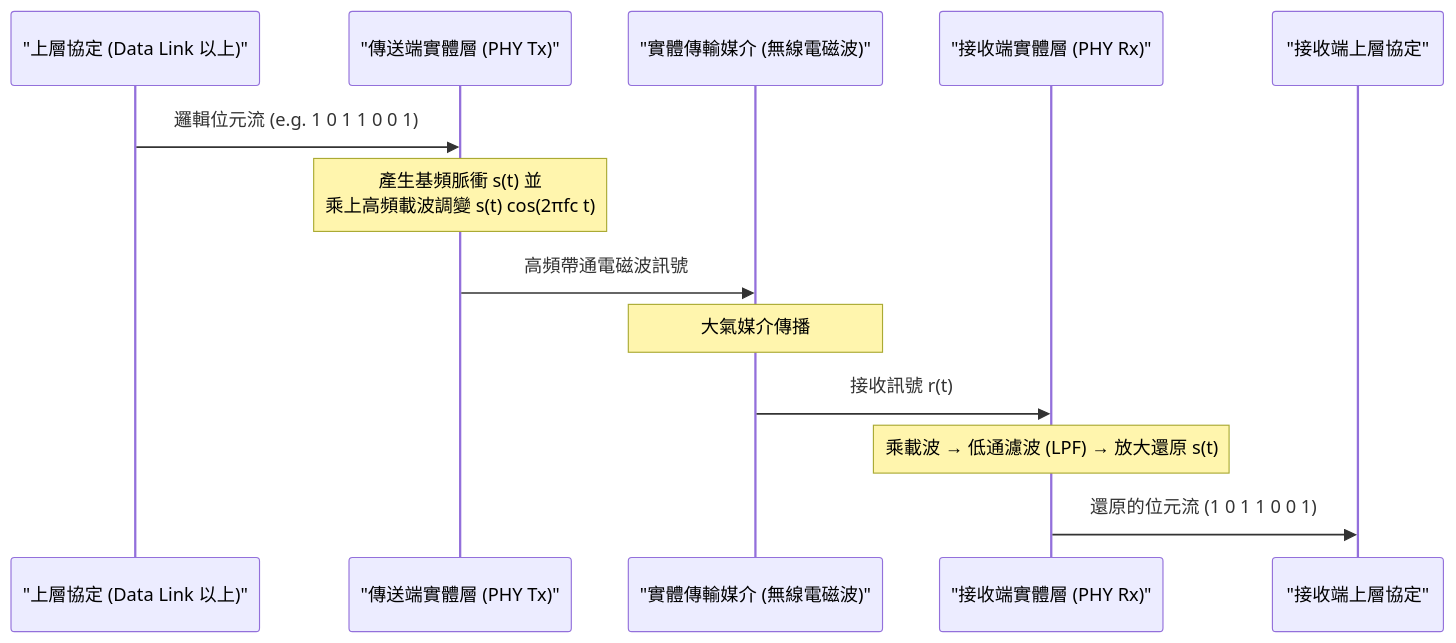
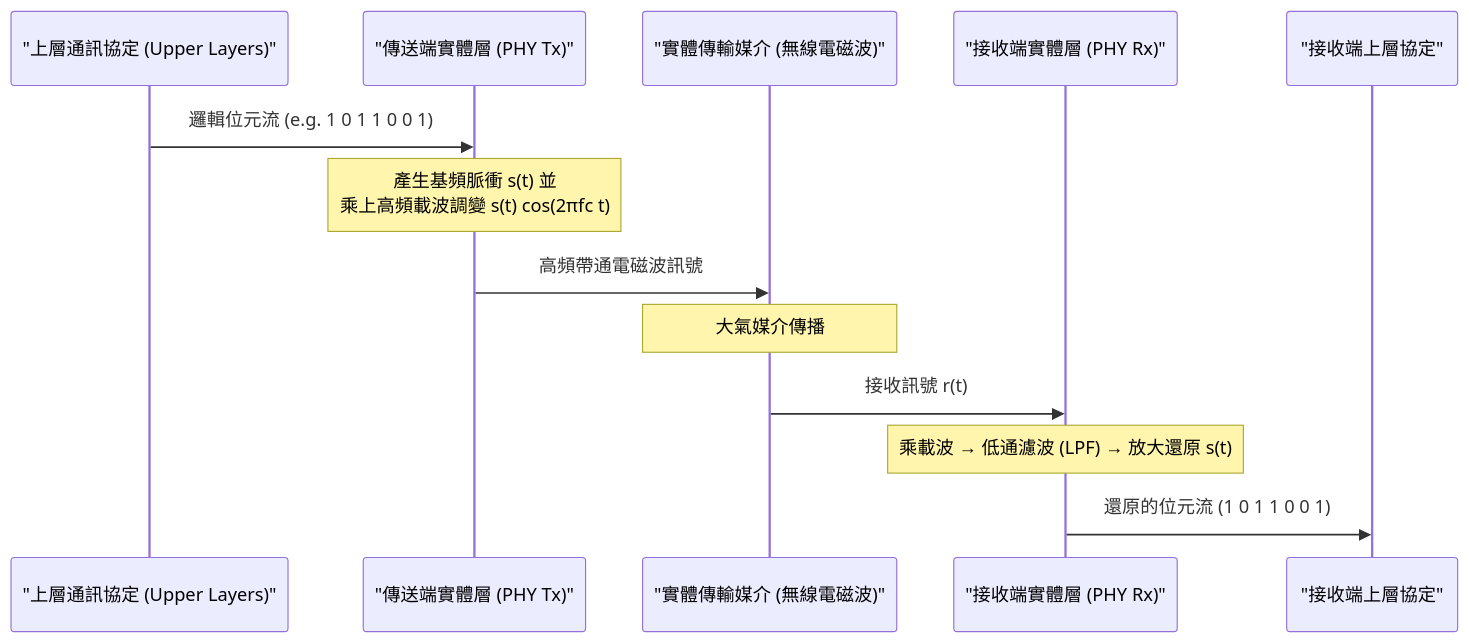
One commit to ralin3233/network-note changed the second of 2 diagrams in docs/physical-layer/index.md. Above: the diagram before and after it, drawn with Mermaid. The commit also changed 6 other files, not shown here.

````diff
--- a/docs/physical-layer/index.md
+++ b/docs/physical-layer/index.md
@@ -44,16 +44,16 @@
 ```mermaid
 sequenceDiagram
-    participant App as "上層協定 (Data Link 以上)"
+    participant App as "上層通訊協定 (Upper Layers)"
     participant PHY_Tx as "傳送端實體層 (PHY Tx)"
     participant Media as "實體傳輸媒介 (無線電磁波)"
     participant PHY_Rx as "接收端實體層 (PHY Rx)"
     participant App_Rx as "接收端上層協定"
 
     App->>PHY_Tx: 邏輯位元流 (e.g. 1 0 1 1 0 0 1)
     Note over PHY_Tx: 產生基頻脈衝 s(t) 並<br/>乘上高頻載波調變 s(t) cos(2πfc t)
     PHY_Tx->>Media: 高頻帶通電磁波訊號
     Note over Media: 大氣媒介傳播
     Media->>PHY_Rx: 接收訊號 r(t)
     Note over PHY_Rx: 乘載波 → 低通濾波 (LPF) → 放大還原 s(t)
     PHY_Rx->>App_Rx: 還原的位元流 (1 0 1 1 0 0 1)
 ```
````
